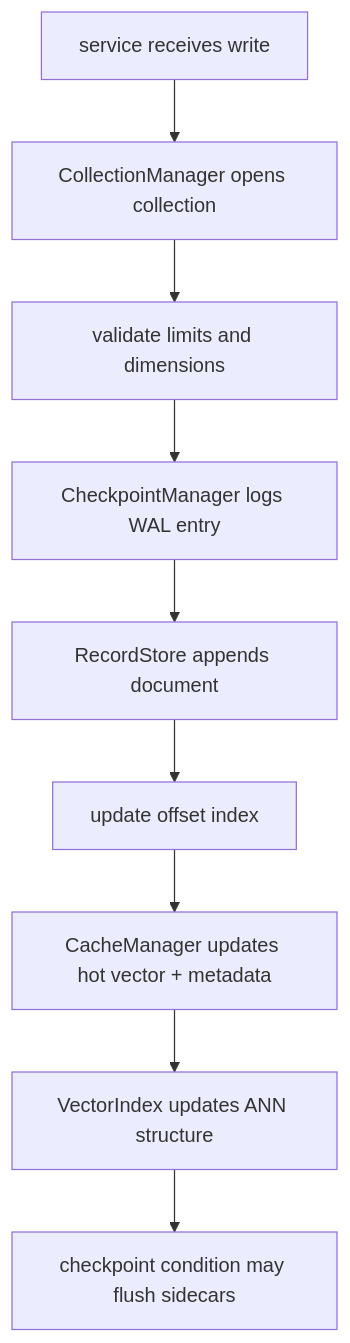
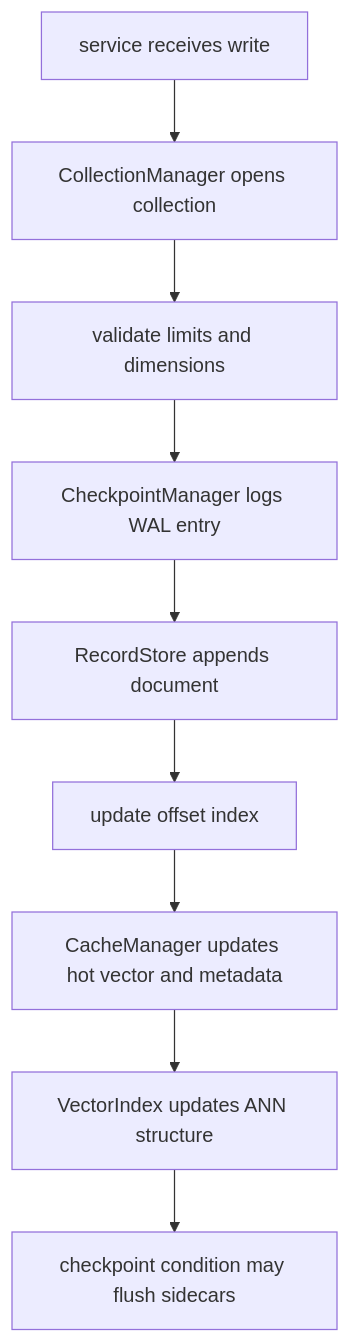
One commit to ashworks1706/Piramid changed the third of 3 diagrams in docs/ARCHITECTURE.md. Above: the diagram before and after it, drawn with Mermaid. The commit also changed other lines of this file and 56 other files, not shown here.

````diff
--- a/docs/ARCHITECTURE.md
+++ b/docs/ARCHITECTURE.md
@@ -261,11 +260,11 @@
 ```mermaid
 flowchart TD
     A[service receives write] --> B[CollectionManager opens collection]
     B --> C[validate limits and dimensions]
     C --> D[CheckpointManager logs WAL entry]
     D --> E[RecordStore appends document]
     E --> F[update offset index]
-    F --> G[CacheManager updates hot vector + metadata]
+    F --> G[CacheManager updates hot vector and metadata]
     G --> H[VectorIndex updates ANN structure]
     H --> I[checkpoint condition may flush sidecars]
 ```
````
